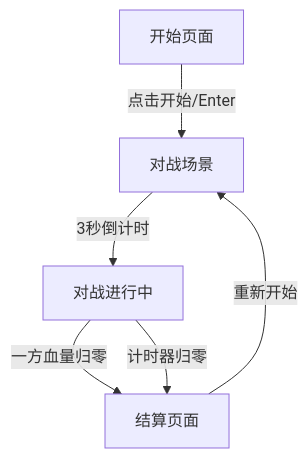
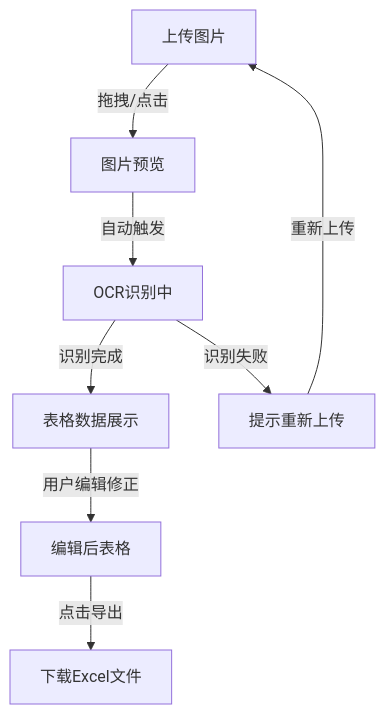
One commit to 290083689/word changed the diagram in .trae/documents/prd.md. Above: the diagram before and after it, drawn with Mermaid. The commit also changed other lines of this file and 31 other files, not shown here.

Commit message:
feat: 图片转Excel网页应用

````diff
--- a/.trae/documents/prd.md
+++ b/.trae/documents/prd.md
@@ -47,8 +38,10 @@
 ```mermaid
 flowchart TD
-    A["开始页面"] -->|"点击开始/Enter"| B["对战场景"]
-    B -->|"3秒倒计时"| C["对战进行中"]
-    C -->|"一方血量归零"| D["结算页面"]
-    C -->|"计时器归零"| D
-    D -->|"重新开始"| B
+    A["上传图片"] -->|"拖拽/点击"| B["图片预览"]
+    B -->|"自动触发"| C["OCR识别中"]
+    C -->|"识别完成"| D["表格数据展示"]
+    D -->|"用户编辑修正"| E["编辑后表格"]
+    E -->|"点击导出"| F["下载Excel文件"]
+    C -->|"识别失败"| G["提示重新上传"]
+    G -->|"重新上传"| A
 ```
````
